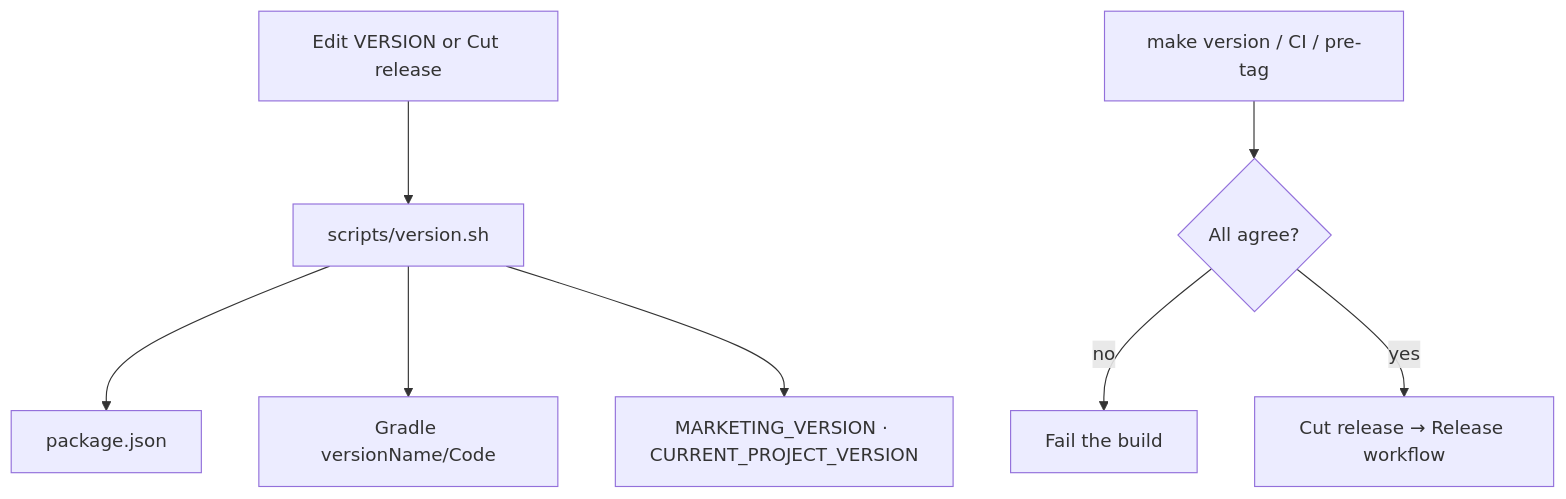
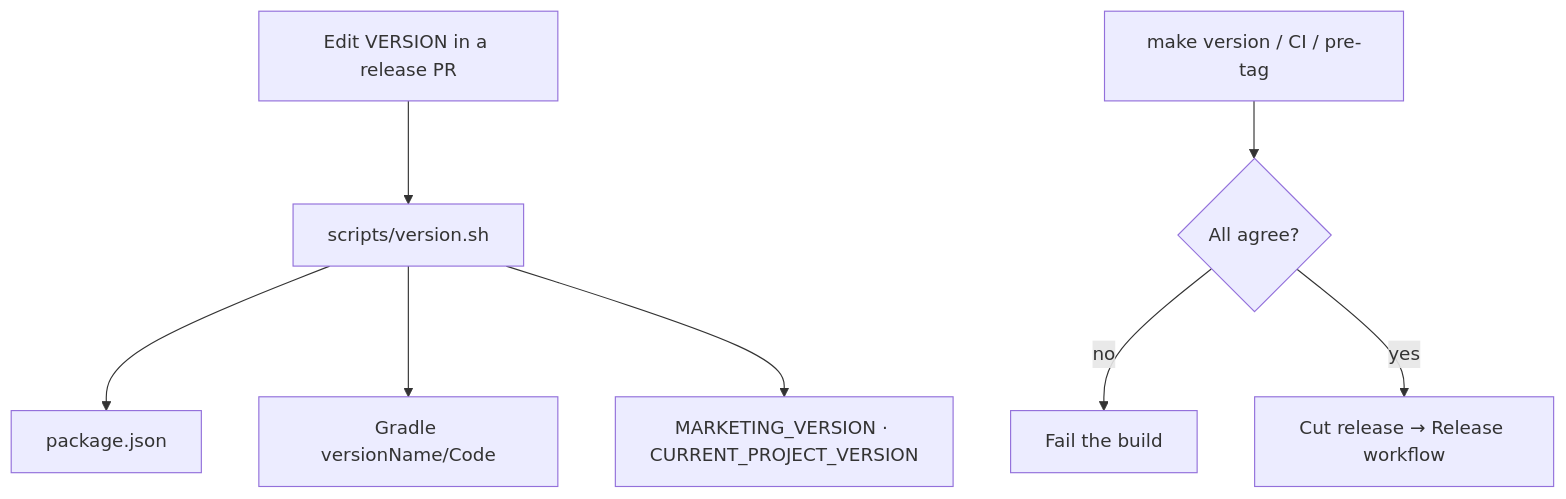
Before and after one commit to hoangsonww/2048-Game: diagram 44 of 47 in ARCHITECTURE.md, drawn with Mermaid. The commit also changed other lines of this file and 6 other files, not shown here.

````diff
--- a/ARCHITECTURE.md
+++ b/ARCHITECTURE.md
@@ -1850,10 +1850,10 @@
 ```mermaid
 flowchart TD
-    Human[Edit VERSION or Cut release] --> Sync[scripts/version.sh]
+    Human[Edit VERSION in a release PR] --> Sync[scripts/version.sh]
     Sync --> Pkg[package.json]
     Sync --> And[Gradle versionName/Code]
     Sync --> Xcode[MARKETING_VERSION · CURRENT_PROJECT_VERSION]
     Check[make version / CI / pre-tag] --> Agree{All agree?}
     Agree -->|no| Fail[Fail the build]
     Agree -->|yes| Ship[Cut release → Release workflow]
 ```
````
